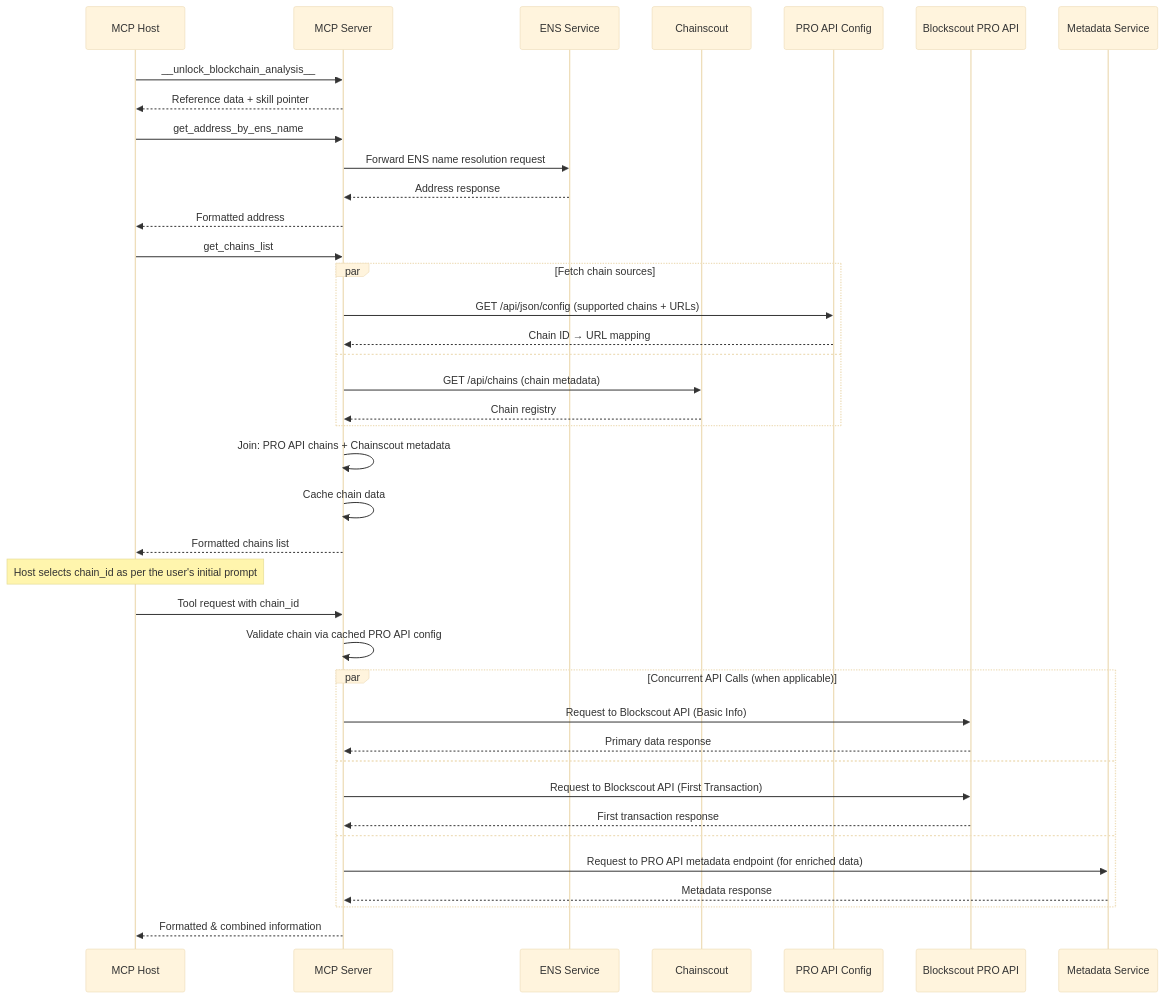
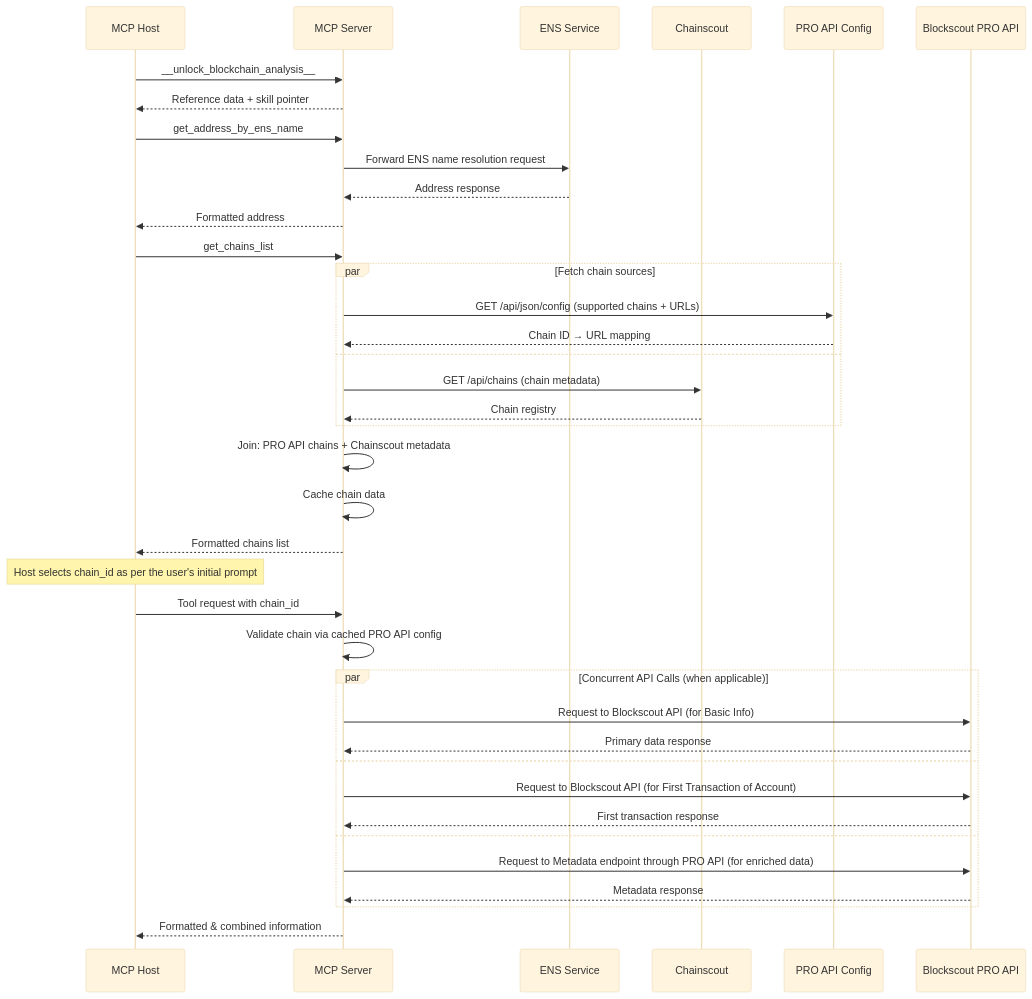
One commit to blockscout/mcp-server changed the first of 3 diagrams in SPEC.md. Above: the diagram before and after it, drawn with Mermaid (base theme). The commit also changed other lines of this file and 1 other file, not shown here.

````diff
--- a/SPEC.md
+++ b/SPEC.md
@@ -73,46 +73,45 @@
 ```mermaid
 sequenceDiagram
     participant AI as MCP Host
     participant MCP as MCP Server
     participant BENS as ENS Service
     participant CS as Chainscout
     participant ProAPI as PRO API Config
     participant BS as Blockscout PRO API
-    participant Metadata as Metadata Service
 
     AI->>MCP: __unlock_blockchain_analysis__
     MCP-->>AI: Reference data + skill pointer
 
     AI->>MCP: get_address_by_ens_name
     MCP->>BENS: Forward ENS name resolution request
     BENS-->>MCP: Address response
     MCP-->>AI: Formatted address
 
     AI->>MCP: get_chains_list
     par Fetch chain sources
         MCP->>ProAPI: GET /api/json/config (supported chains + URLs)
         ProAPI-->>MCP: Chain ID → URL mapping
     and
         MCP->>CS: GET /api/chains (chain metadata)
         CS-->>MCP: Chain registry
     end
     MCP->>MCP: Join: PRO API chains + Chainscout metadata
     MCP->>MCP: Cache chain data
     MCP-->>AI: Formatted chains list
 
     Note over AI: Host selects chain_id as per the user's initial prompt
 
     AI->>MCP: Tool request with chain_id
     MCP->>MCP: Validate chain via cached PRO API config
     par Concurrent API Calls (when applicable)
-        MCP->>BS: Request to Blockscout API (Basic Info)
+        MCP->>BS: Request to Blockscout API (for Basic Info)
         BS-->>MCP: Primary data response
     and
-        MCP->>BS: Request to Blockscout API (First Transaction)
+        MCP->>BS: Request to Blockscout API (for First Transaction of Account)
         BS-->>MCP: First transaction response
     and
-        MCP->>Metadata: Request to PRO API metadata endpoint (for enriched data)
-        Metadata-->>MCP: Metadata response
+        MCP->>BS: Request to Metadata endpoint through PRO API (for enriched data)
+        BS-->>MCP: Metadata response
     end
     MCP-->>AI: Formatted & combined information
 ```
````
